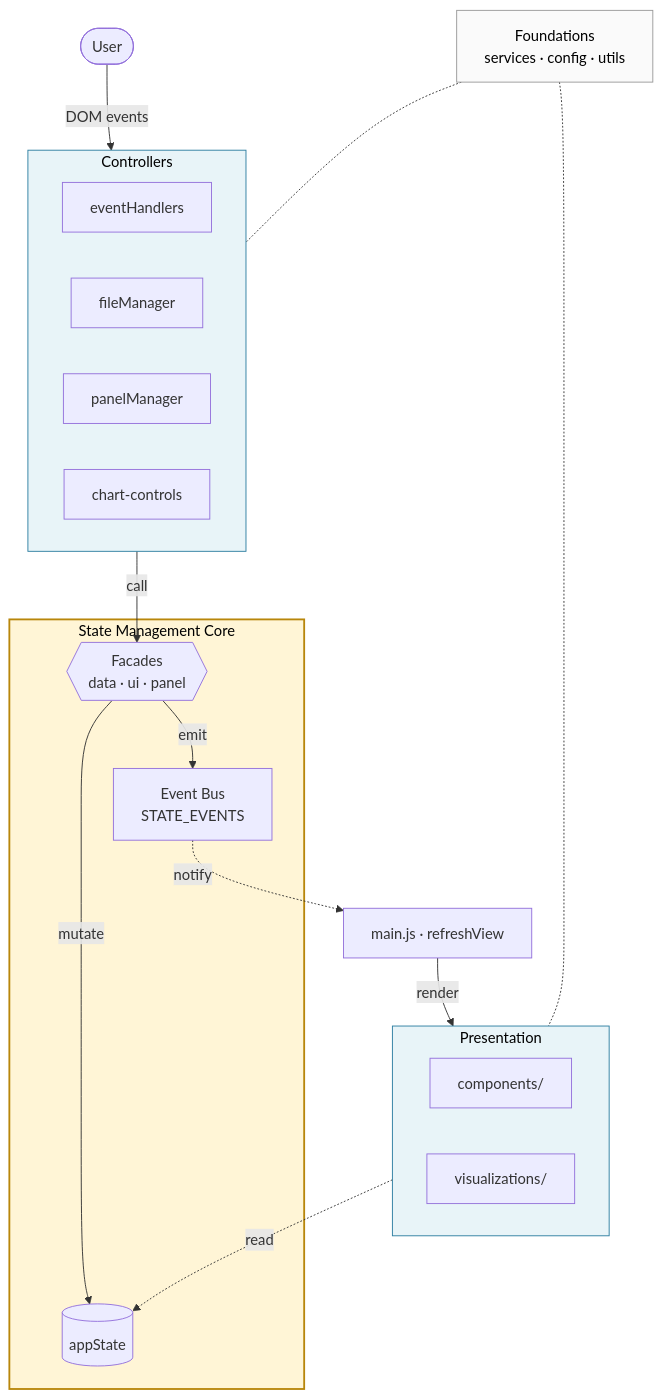
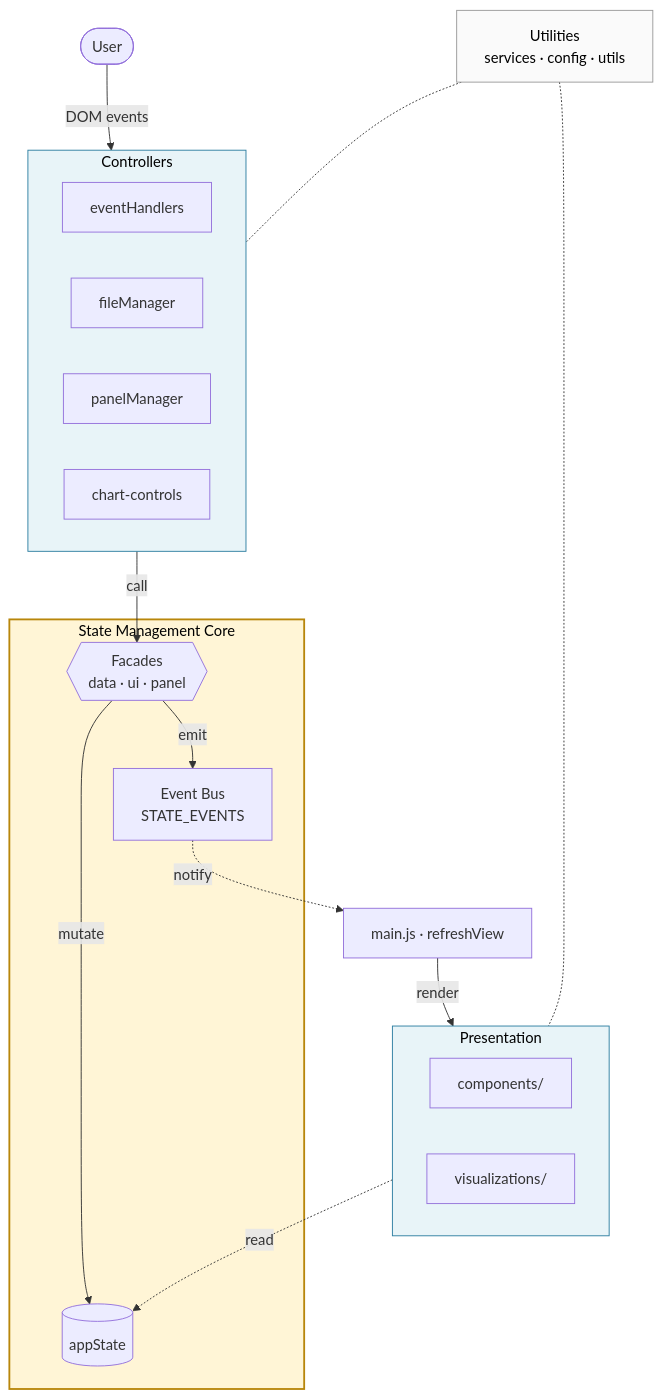
Before and after one commit to GabrielInada/CHIVE: the diagram in ARCHITECTURE.md, drawn with Mermaid. The commit also changed other lines of this file, not shown here.

````diff
--- a/ARCHITECTURE.md
+++ b/ARCHITECTURE.md
@@ -38,38 +38,38 @@
 ```mermaid
 flowchart TB
     U(["User"])
     subgraph CTRL["Controllers"]
         direction LR
         EH["eventHandlers"]
         FM["fileManager"]
         PM["panelManager"]
         CC["chart-controls"]
     end
     subgraph CORE["State Management Core"]
         FAC{{"Facades<br/>data · ui · panel"}}
         AS[("appState")]
         EB["Event Bus<br/>STATE_EVENTS"]
         FAC -- mutate --> AS
         FAC -- emit --> EB
     end
     MAIN["main.js · refreshView"]
     subgraph PRES["Presentation"]
         direction LR
         COMP["components/"]
         VIZ["visualizations/"]
     end
-    FOUND["Foundations<br/>services · config · utils"]
+    UTIL["Utilities<br/>services · config · utils"]
     U -- DOM events --> CTRL
     CTRL -- call --> FAC
     EB -. notify .-> MAIN
     MAIN -- render --> PRES
     PRES -. read .-> AS
-    FOUND -.- CTRL
-    FOUND -.- PRES
+    UTIL -.- CTRL
+    UTIL -.- PRES
     classDef core fill:#fff5d6,stroke:#b8860b,stroke-width:2px,color:#000
     classDef layer fill:#e8f4f8,stroke:#2c7da0,color:#000
     classDef plain fill:#fafafa,stroke:#999,color:#000
     class CORE core
     class CTRL,PRES layer
-    class FOUND plain
+    class UTIL plain
 ```
````
